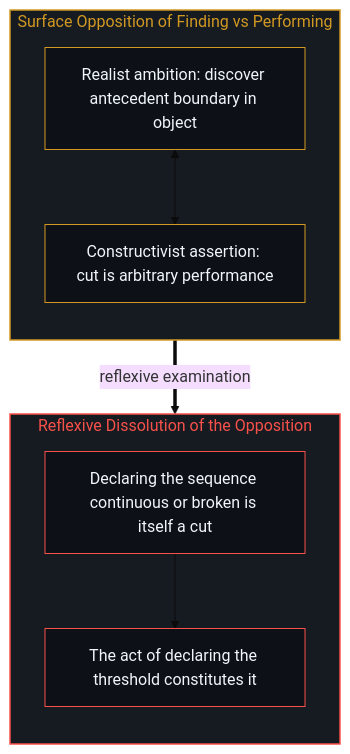
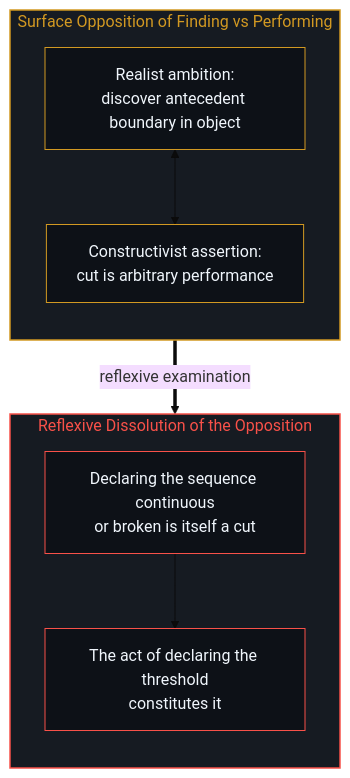
The sixth of 8 diagrams in content/posts/consciousness-ascription-and-the-quantum-cut.md (powerpig99/not-a-toe), drawn with Mermaid (base theme) before and after one commit. The commit also changed other lines of this file and 2 other files, not shown here.

````diff
--- a/content/posts/consciousness-ascription-and-the-quantum-cut.md
+++ b/content/posts/consciousness-ascription-and-the-quantum-cut.md
@@ -192,24 +192,24 @@
 ```mermaid
 flowchart TD
     subgraph S_DICHOTOMY_EN ["Surface Opposition of Finding vs Performing"]
         direction TB
         style S_DICHOTOMY_EN fill:#161b22,stroke:#d29922,stroke-width:1.5px,color:#d29922
-        D_Find["Realist ambition: discover antecedent boundary in object"]
-        D_Perform["Constructivist assertion: cut is arbitrary performance"]
+        D_Find["Realist ambition:<br/>discover antecedent boundary in object"]
+        D_Perform["Constructivist assertion:<br/>cut is arbitrary performance"]
         D_Find <--> D_Perform
         style D_Find fill:#0d1117,stroke:#d29922,stroke-width:1px,color:#f0f6fc
         style D_Perform fill:#0d1117,stroke:#d29922,stroke-width:1px,color:#f0f6fc
     end
 
     subgraph S_ENACT_EN ["Reflexive Dissolution of the Opposition"]
         direction TB
         style S_ENACT_EN fill:#161b22,stroke:#f85149,stroke-width:1.5px,color:#f85149
-        E_Loop["Declaring the sequence continuous or broken is itself a cut"]
-        E_Threshold["The act of declaring the threshold constitutes it"]
+        E_Loop["Declaring the sequence continuous<br/>or broken is itself a cut"]
+        E_Threshold["The act of declaring the threshold<br/>constitutes it"]
         E_Loop --> E_Threshold
         style E_Loop fill:#0d1117,stroke:#f85149,stroke-width:1px,color:#f0f6fc
         style E_Threshold fill:#0d1117,stroke:#f85149,stroke-width:1px,color:#f0f6fc
     end
 
     D_Find ==>|"reflexive examination"| E_Loop
 ```
````
